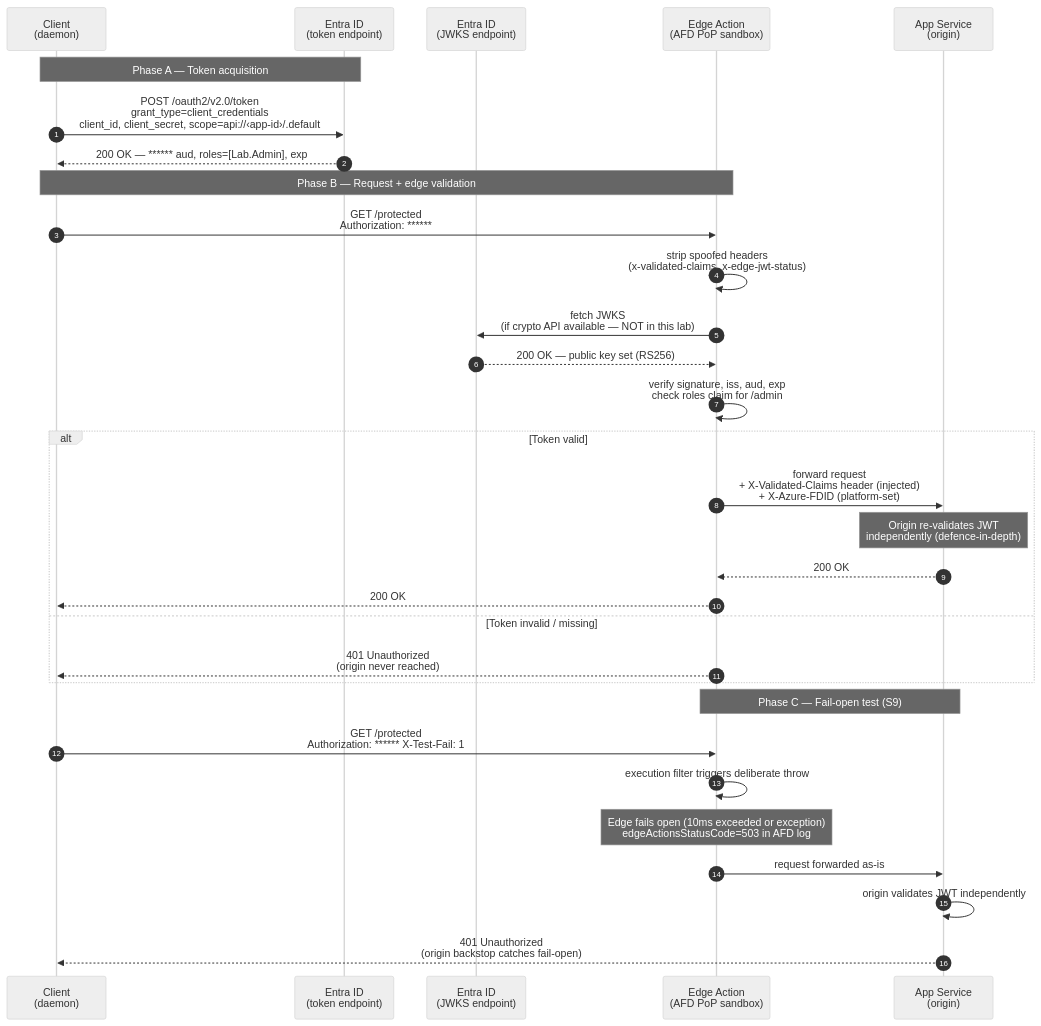
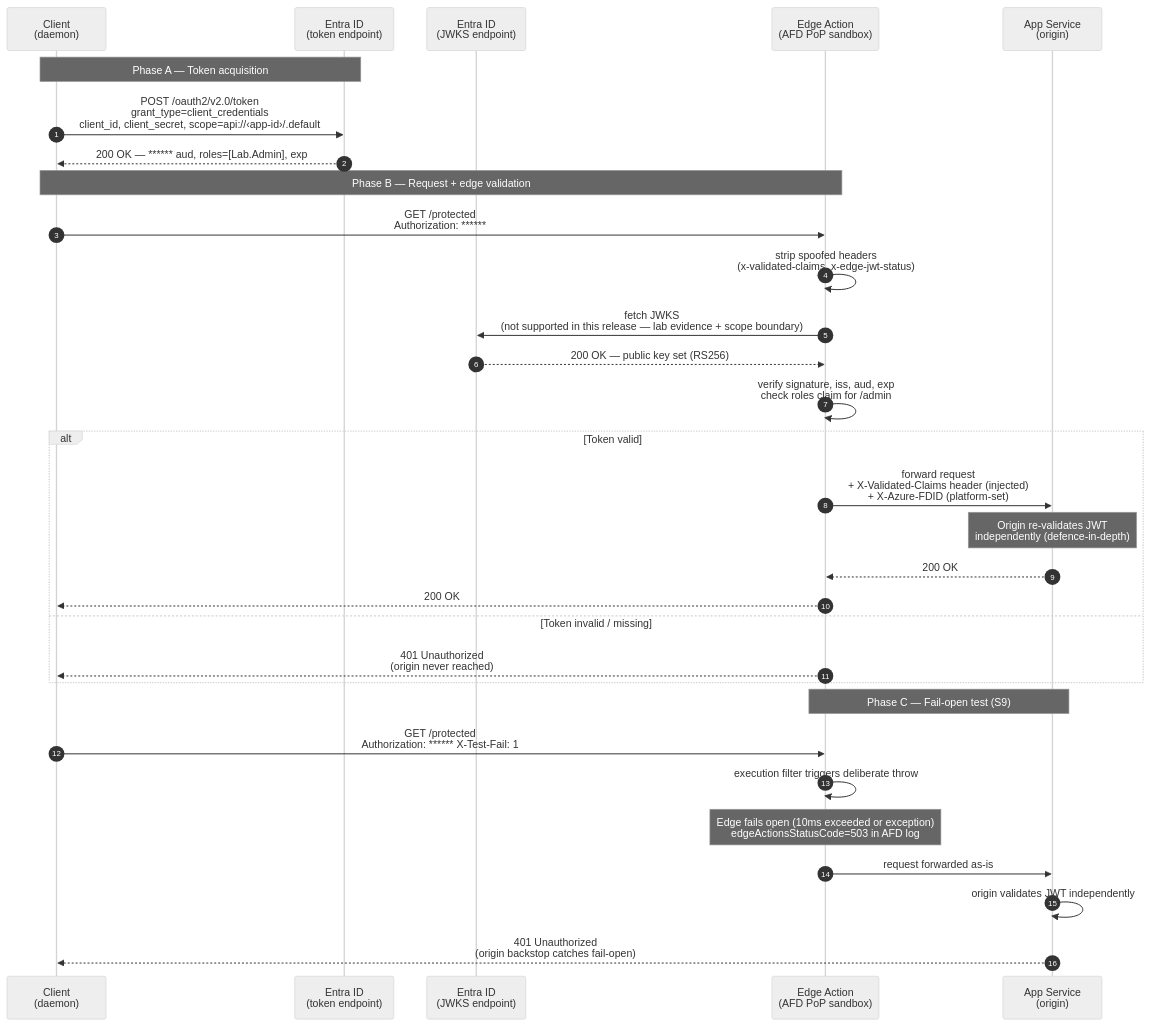
One commit to erjosito/net-lab-builder changed the fifth of 5 diagrams in labs/afd-edge-actions-jwt-validation/README.md. Above: the diagram before and after it, drawn with Mermaid (neutral theme). The commit also changed other lines of this file and 10 other files, not shown here.

First line of the commit message:
docs(lab): clarify Edge Actions JWT preview scope

````diff
--- a/labs/afd-edge-actions-jwt-validation/README.md
+++ b/labs/afd-edge-actions-jwt-validation/README.md
@@ -580,37 +595,37 @@
 ```mermaid
 sequenceDiagram
     autonumber
     participant C  as Client<br/>(daemon)
     participant E  as Entra ID<br/>(token endpoint)
     participant J  as Entra ID<br/>(JWKS endpoint)
     participant EA as Edge Action<br/>(AFD PoP sandbox)
     participant O  as App Service<br/>(origin)
 
     Note over C,E: Phase A — Token acquisition
     C->>E: POST /oauth2/v2.0/token<br/>grant_type=client_credentials<br/>client_id, client_secret, scope=api://‹app-id›/.default
     E-->>C: 200 OK — ****** aud, roles=[Lab.Admin], exp
 
     Note over C,EA: Phase B — Request + edge validation
     C->>EA: GET /protected<br/>Authorization: ******
     EA->>EA: strip spoofed headers<br/>(x-validated-claims, x-edge-jwt-status)
-    EA->>J: fetch JWKS<br/>(if crypto API available — NOT in this lab)
+    EA->>J: fetch JWKS<br/>(not supported in this release — lab evidence + scope boundary)
     J-->>EA: 200 OK — public key set (RS256)
     EA->>EA: verify signature, iss, aud, exp<br/>check roles claim for /admin
 
     alt Token valid
         EA->>O: forward request<br/>+ X-Validated-Claims header (injected)<br/>+ X-Azure-FDID (platform-set)
         Note over O: Origin re-validates JWT<br/>independently (defence-in-depth)
         O-->>EA: 200 OK
         EA-->>C: 200 OK
     else Token invalid / missing
         EA-->>C: 401 Unauthorized<br/>(origin never reached)
     end
 
     Note over EA,O: Phase C — Fail-open test (S9)
     C->>EA: GET /protected<br/>Authorization: ****** X-Test-Fail: 1
     EA->>EA: execution filter triggers deliberate throw
     Note over EA: Edge fails open (10ms exceeded or exception)<br/>edgeActionsStatusCode=503 in AFD log
     EA->>O: request forwarded as-is
     O->>O: origin validates JWT independently
     O-->>C: 401 Unauthorized<br/>(origin backstop catches fail-open)
 ```
````
